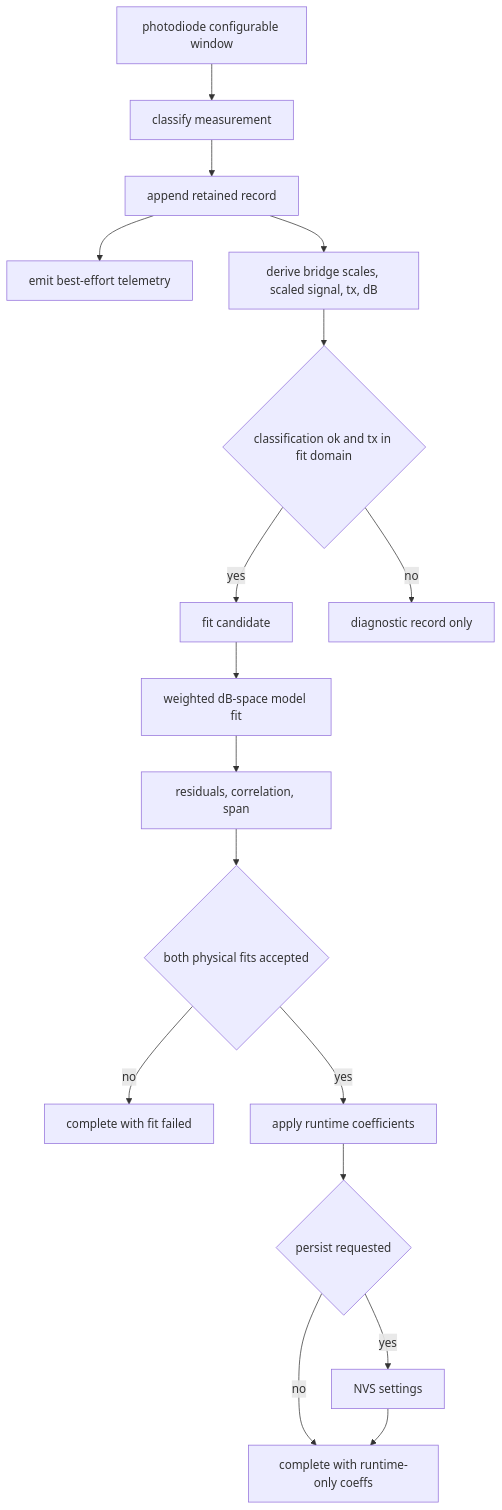
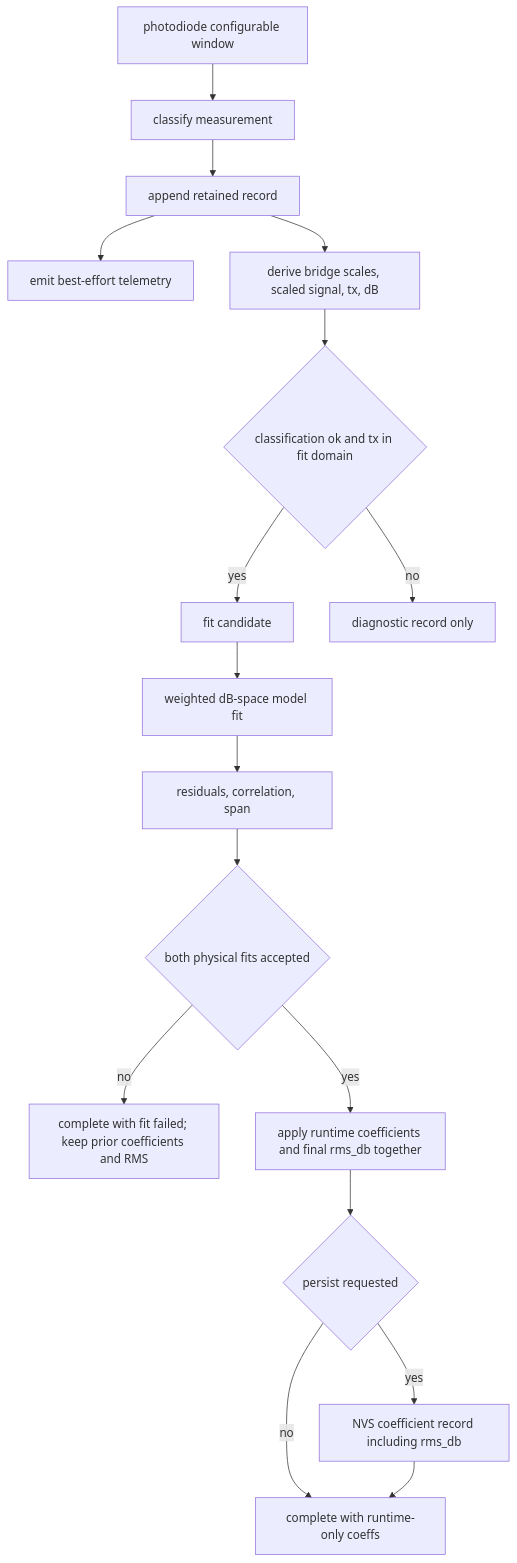
Before and after one commit to COO-Utilities/hispec-tib: the seventh of 7 diagrams in doc/attenuator_calibration.md, drawn with Mermaid. The commit also changed other lines of this file and 15 other files, not shown here.

Commit message:
Retain attenuator fit RMS with calibration and propagate transmission uncertainty

````diff
--- a/doc/attenuator_calibration.md
+++ b/doc/attenuator_calibration.md
@@ -247,20 +247,20 @@
 ```mermaid
 flowchart TD
   Window[photodiode configurable window] --> Measurement[classify measurement]
   Measurement --> Record[append retained record]
   Record --> Telemetry[emit best-effort telemetry]
   Record --> Derive[derive bridge scales, scaled signal, tx, dB]
   Derive --> FitEligible{classification ok and tx in fit domain}
   FitEligible -- yes --> FitInput[fit candidate]
   FitEligible -- no --> RetainedOnly[diagnostic record only]
 
   FitInput --> Optimize[weighted dB-space model fit]
   Optimize --> Metrics[residuals, correlation, span]
   Metrics --> Accepted{both physical fits accepted}
-  Accepted -- no --> CompleteFailed[complete with fit failed]
-  Accepted -- yes --> Apply[apply runtime coefficients]
+  Accepted -- no --> CompleteFailed[complete with fit failed; keep prior coefficients and RMS]
+  Accepted -- yes --> Apply[apply runtime coefficients and final rms_db together]
   Apply --> Persist{persist requested}
-  Persist -- yes --> Store[NVS settings]
+  Persist -- yes --> Store[NVS coefficient record including rms_db]
   Persist -- no --> CompleteOK[complete with runtime-only coeffs]
   Store --> CompleteOK
 ```
````
